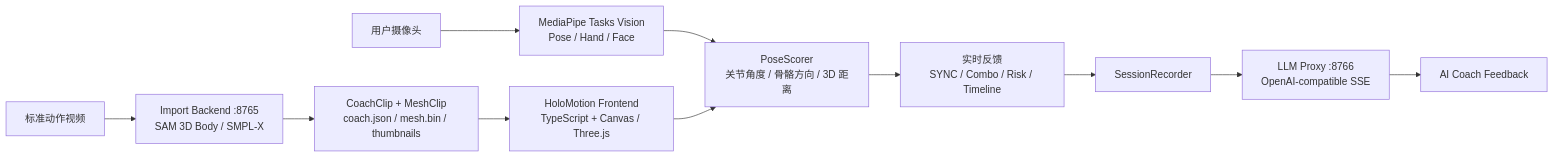
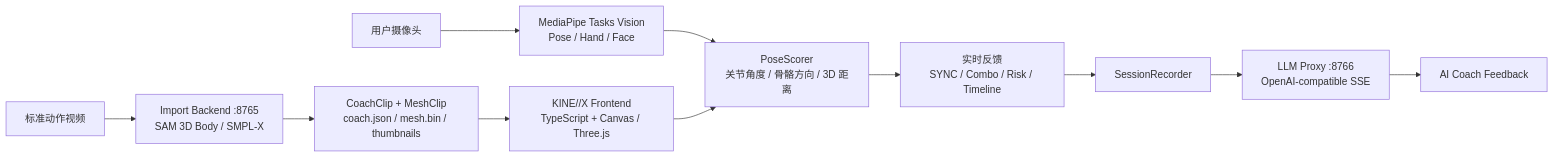
One commit to The0xKa1/KINE-X changed the diagram in README.md. Above: the diagram before and after it, drawn with Mermaid. The commit also changed other lines of this file and 34 other files, not shown here.

````diff
--- a/README.md
+++ b/README.md
@@ -67,13 +67,13 @@
 ```mermaid
 flowchart LR
   A["标准动作视频"] --> B["Import Backend :8765<br/>SAM 3D Body / SMPL-X"]
   B --> C["CoachClip + MeshClip<br/>coach.json / mesh.bin / thumbnails"]
-  C --> D["HoloMotion Frontend<br/>TypeScript + Canvas / Three.js"]
+  C --> D["KINE//X Frontend<br/>TypeScript + Canvas / Three.js"]
   E["用户摄像头"] --> F["MediaPipe Tasks Vision<br/>Pose / Hand / Face"]
   F --> G["PoseScorer<br/>关节角度 / 骨骼方向 / 3D 距离"]
   D --> G
   G --> H["实时反馈<br/>SYNC / Combo / Risk / Timeline"]
   H --> I["SessionRecorder"]
   I --> J["LLM Proxy :8766<br/>OpenAI-compatible SSE"]
   J --> K["AI Coach Feedback"]
 ```
````
